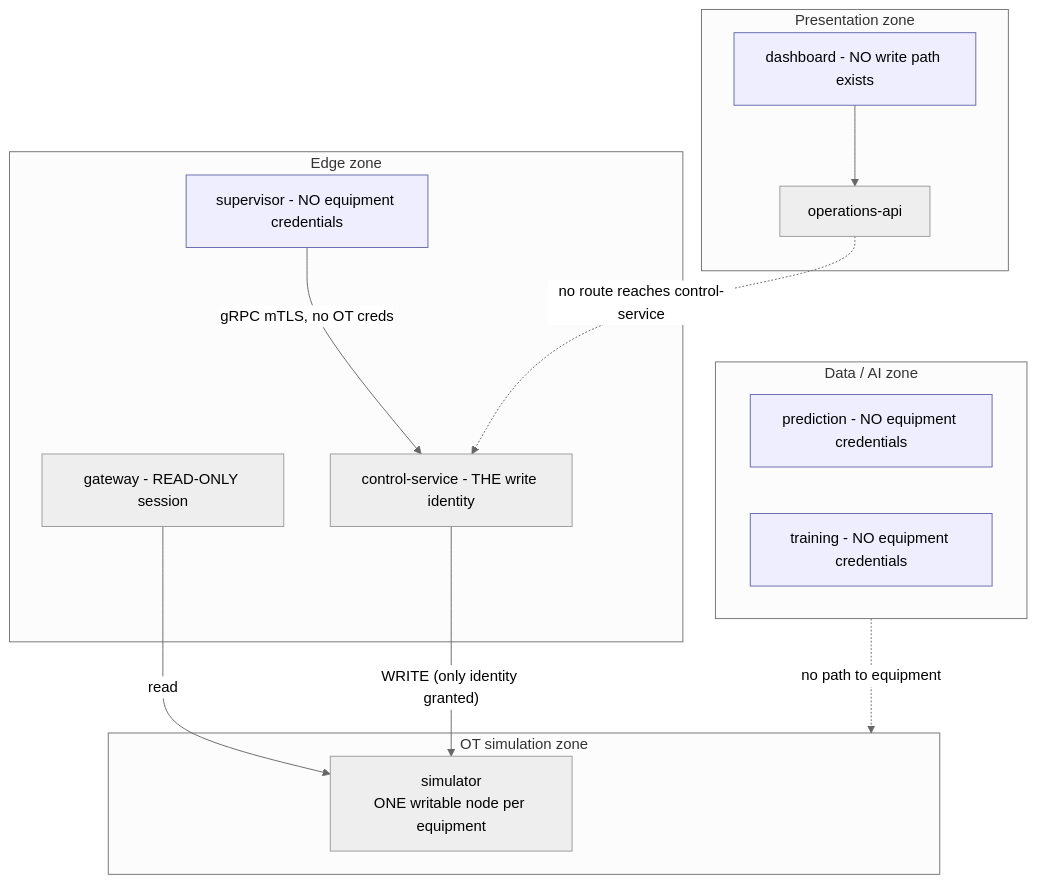
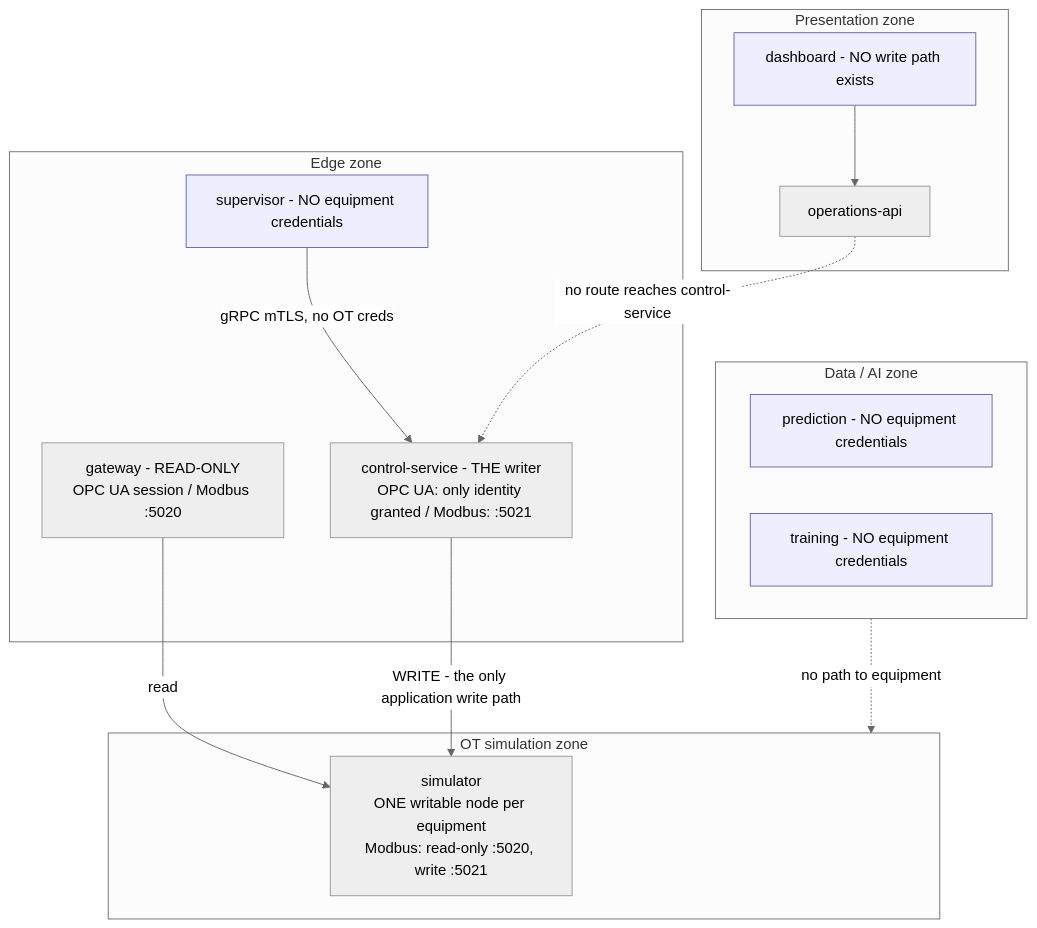
One commit to ParkShinUng/manufacturing-ai-reliability changed the tenth of 10 diagrams in docs/02-architecture/DIAGRAMS.md. Above: the diagram before and after it, drawn with Mermaid (neutral theme). The commit also changed other lines of this file and 17 other files, not shown here.

````diff
--- a/docs/02-architecture/DIAGRAMS.md
+++ b/docs/02-architecture/DIAGRAMS.md
@@ -214,29 +214,29 @@
 ```mermaid
 flowchart TB
     subgraph Z1["OT simulation zone"]
-        SIM["simulator<br/>ONE writable node per equipment"]
+        SIM["simulator<br/>ONE writable node per equipment<br/>Modbus: read-only :5020, write :5021"]
     end
     subgraph Z2["Edge zone"]
-        GW["gateway - READ-ONLY session"]
-        CTL["control-service - THE write identity"]
+        GW["gateway - READ-ONLY<br/>OPC UA session / Modbus :5020"]
+        CTL["control-service - THE writer<br/>OPC UA: only identity granted / Modbus: :5021"]
         SUP["supervisor - NO equipment credentials"]
     end
     subgraph Z3["Data / AI zone"]
         PRED["prediction - NO equipment credentials"]
         TRAIN["training - NO equipment credentials"]
     end
     subgraph Z4["Presentation zone"]
         API["operations-api"]
         DASH["dashboard - NO write path exists"]
     end
 
     GW -->|read| SIM
-    CTL -->|"WRITE (only identity granted)"| SIM
+    CTL -->|"WRITE - the only application write path"| SIM
     SUP -->|"gRPC mTLS, no OT creds"| CTL
     Z3 -.->|"no path to equipment"| Z1
     DASH --> API
     API -.->|"no route reaches control-service"| CTL
 
     classDef nocred fill:#eef,stroke:#66a
     class PRED,TRAIN,DASH,SUP nocred
 ```
````
